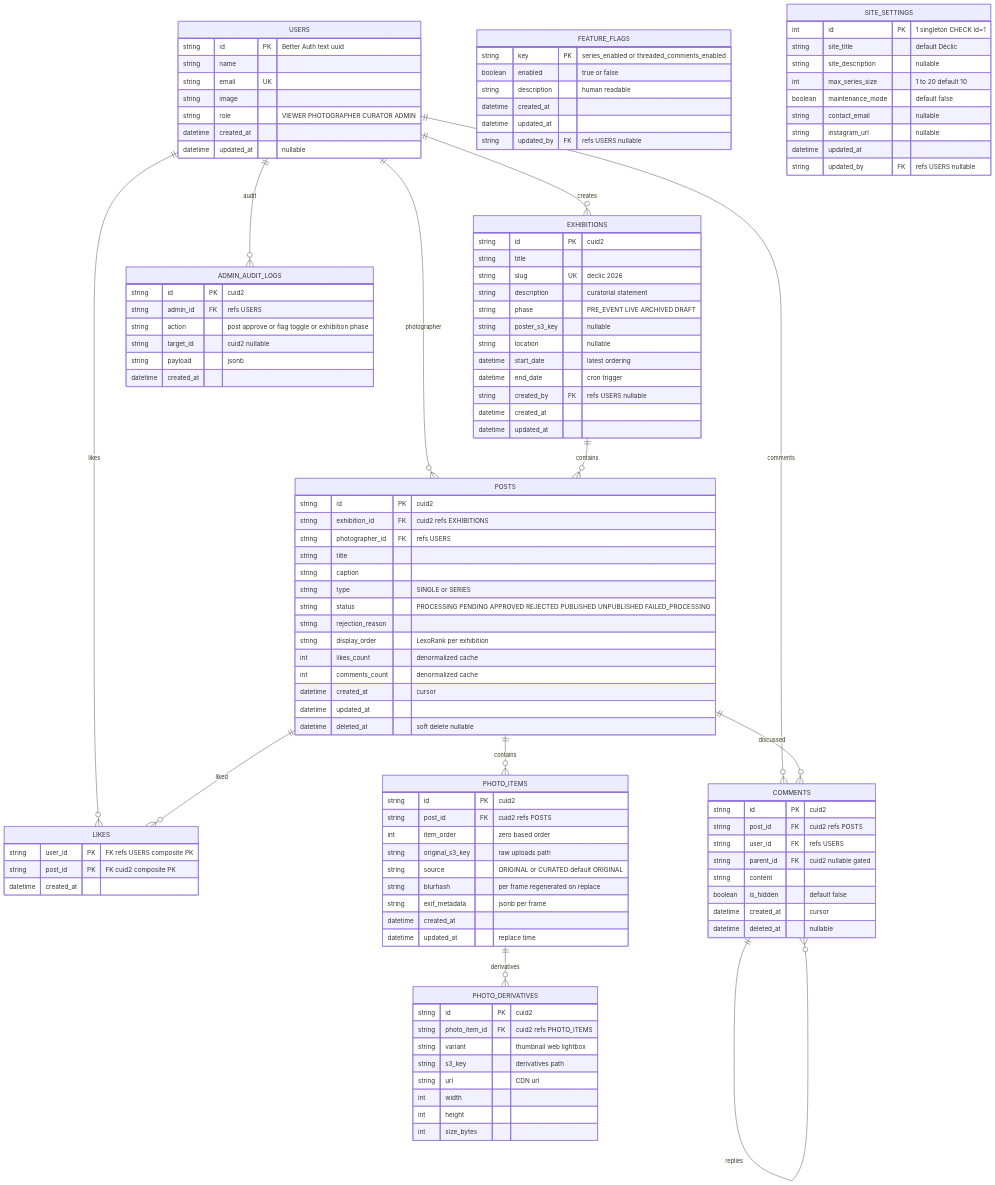
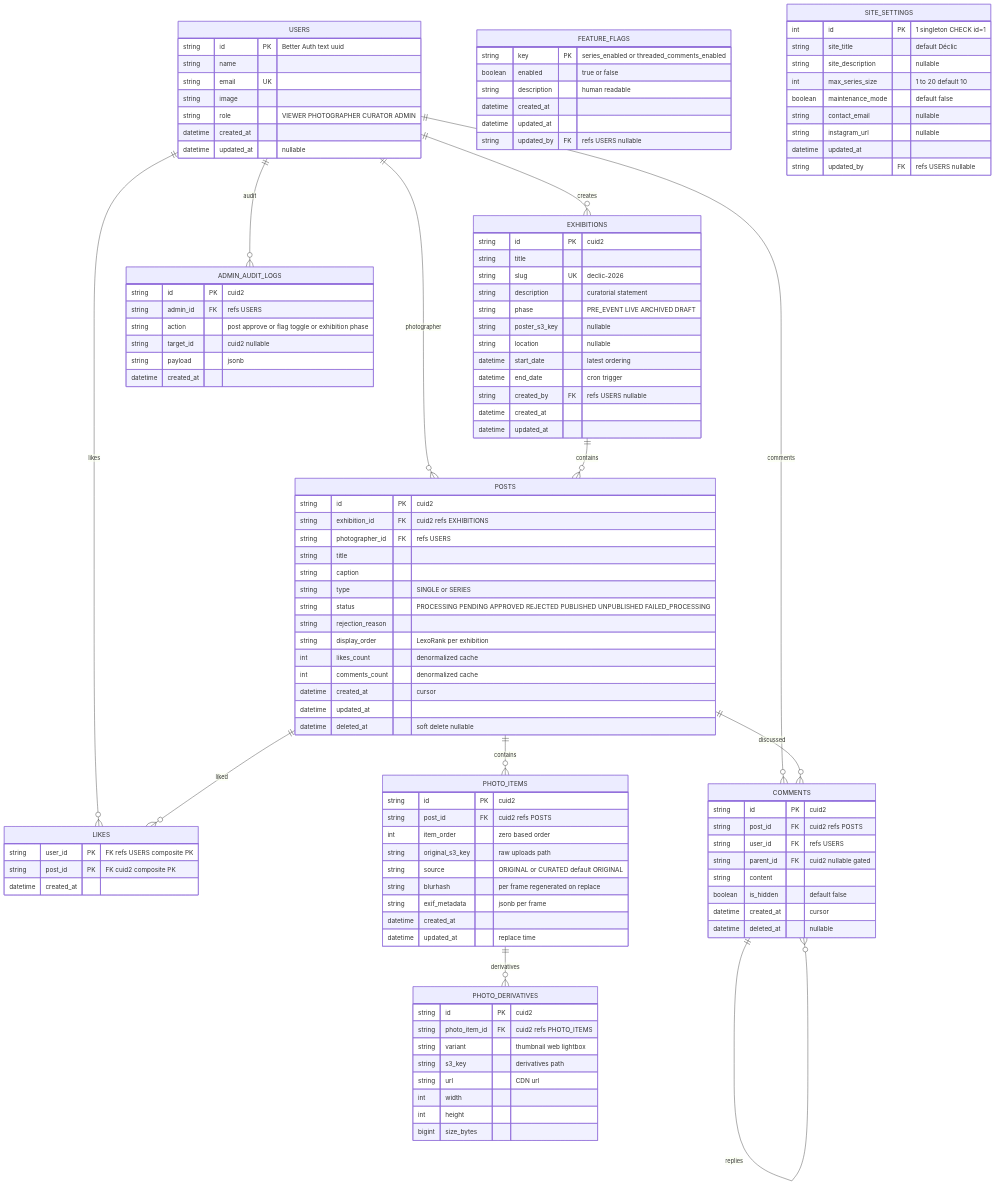
One commit to bal16/declic-web changed the diagram in docs/db-schema.md. Above: the diagram before and after it, drawn with Mermaid. The commit also changed other lines of this file and 29 other files, not shown here.

```diff
--- a/docs/db-schema.md
+++ b/docs/db-schema.md
@@ -52,7 +52,7 @@
     EXHIBITIONS {
         string id PK "cuid2"
         string title
-        string slug UK "declic 2026"
+        string slug UK "declic-2026"
         string description "curatorial statement"
         string phase "PRE_EVENT LIVE ARCHIVED DRAFT"
         string poster_s3_key "nullable"
@@ -101,7 +101,7 @@
         string url "CDN url"
         int width
         int height
-        int size_bytes
+        bigint size_bytes
     }
 
     LIKES {
```
